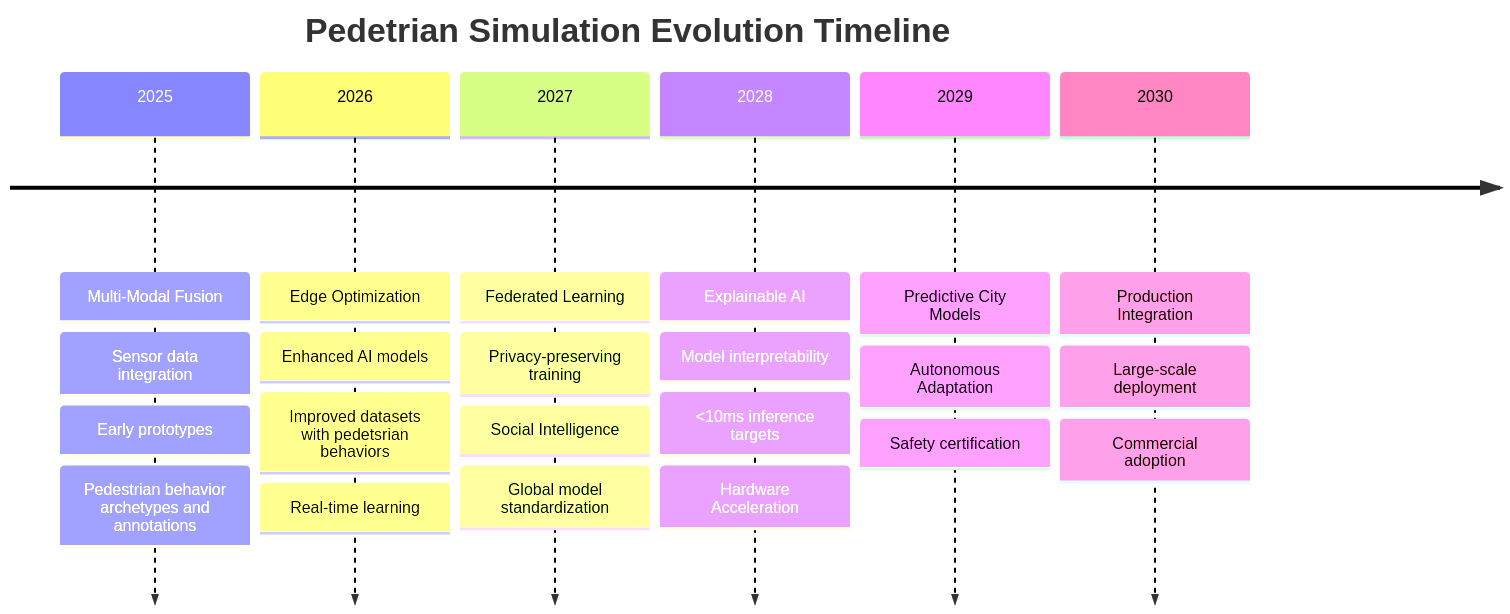
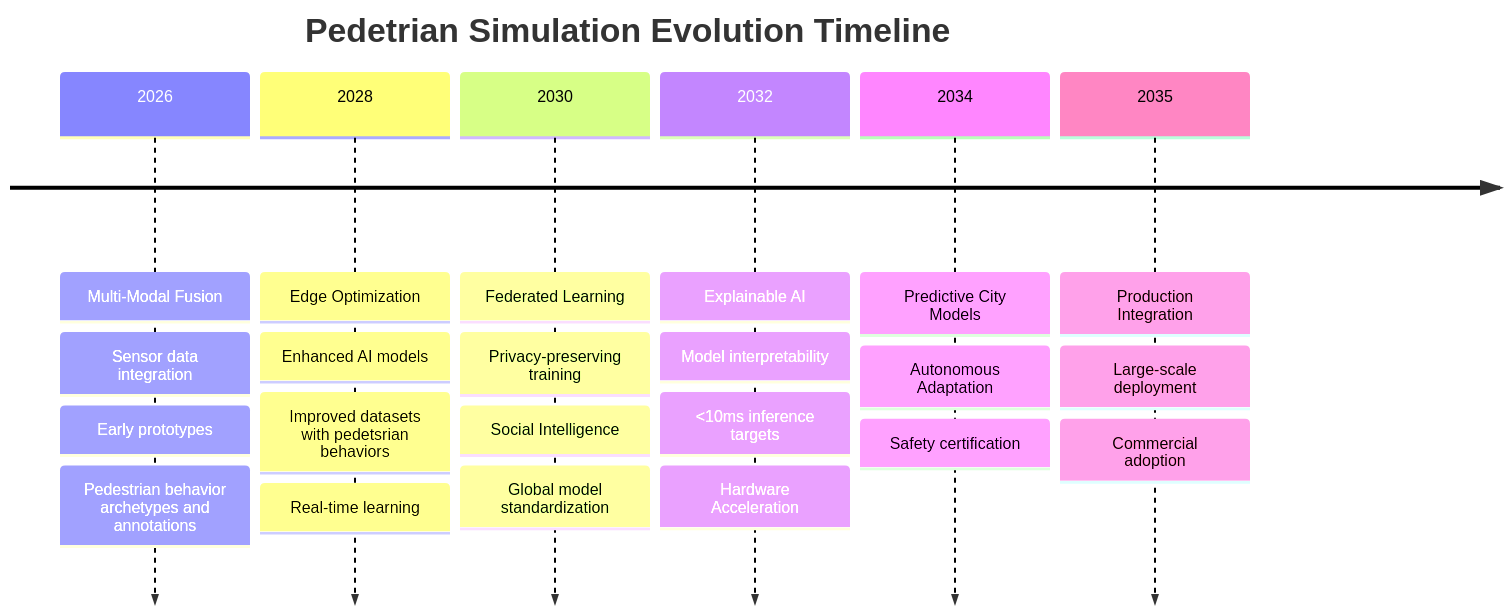
The eighth of 8 diagrams in docs/gaps_analysis.md (ju-baer/PedSim4AV), drawn with Mermaid before and after one commit. The commit also changed other lines of this file, not shown here.

````diff
--- a/docs/gaps_analysis.md
+++ b/docs/gaps_analysis.md
@@ -1213,33 +1225,33 @@
 ```mermaid
 timeline
     title Pedetrian Simulation Evolution Timeline 
     
-    2025     : Multi-Modal Fusion
+    2026     : Multi-Modal Fusion
              : Sensor data integration
              : Early prototypes
              : Pedestrian behavior archetypes and annotations 
              
-    2026     : Edge Optimization
+    2028     : Edge Optimization
              : Enhanced AI models
              : Improved datasets with pedetsrian behaviors
              : Real-time learning
              
-    2027     : Federated Learning
+    2030     : Federated Learning
              : Privacy-preserving training
              : Social Intelligence
              : Global model standardization
              
-    2028     : Explainable AI
+    2032     : Explainable AI
              : Model interpretability
              : <10ms inference targets
              : Hardware Acceleration
              
 
-    2029     : Predictive City Models
+    2034     : Predictive City Models
              : Autonomous Adaptation
              : Safety certification
              
-    2030     : Production Integration
+    2035     : Production Integration
              : Large-scale deployment
              : Commercial adoption
 ```
````
